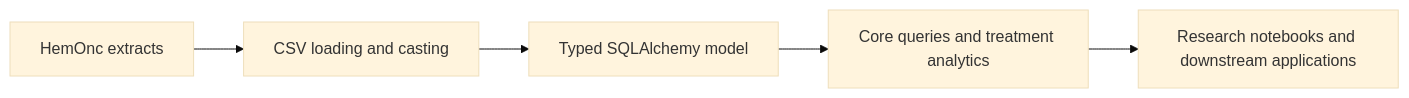
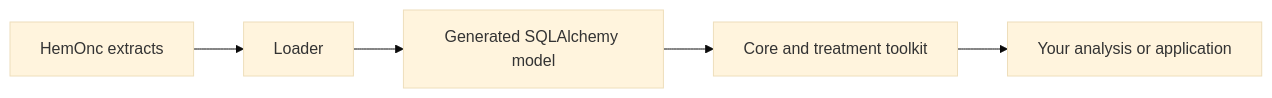
Before and after one commit to AustralianCancerDataNetwork/HemOnc_Alchemy: the diagram in docs/index.md, drawn with Mermaid (base theme). The commit also changed other lines of this file and 44 other files, not shown here.

````diff
--- a/docs/index.md
+++ b/docs/index.md
@@ -17,7 +9,7 @@
 ```mermaid
 flowchart LR
-    Source[HemOnc extracts] --> Loader[CSV loading and casting]
-    Loader --> Model[Typed SQLAlchemy model]
-    Model --> Toolkit[Core queries and treatment analytics]
-    Toolkit --> Consumer[Research notebooks and downstream applications]
+    Extracts[HemOnc extracts] --> Loader[Loader]
+    Loader --> Model[Generated SQLAlchemy model]
+    Model --> Toolkit[Core and treatment toolkit]
+    Toolkit --> Application[Your analysis or application]
 ```
````
